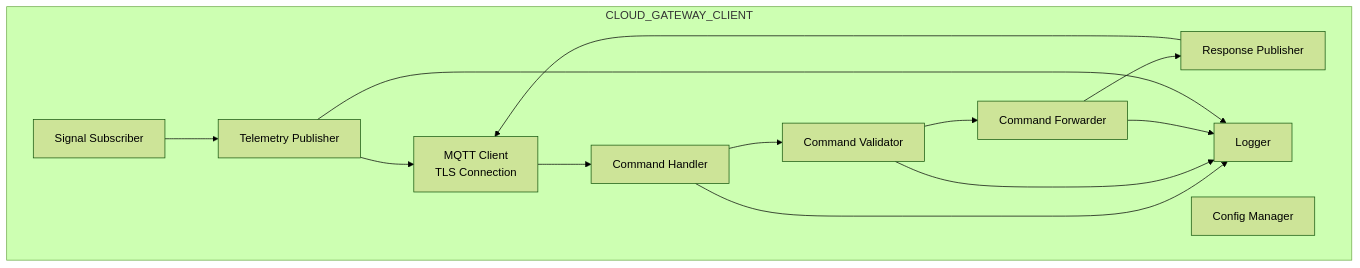
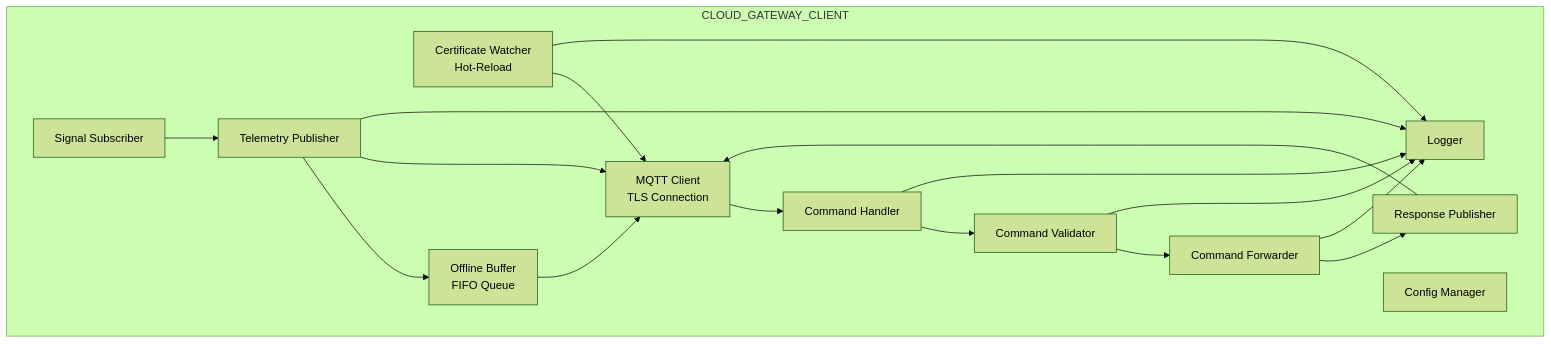
The second of 6 diagrams in .kiro/specs/cloud-gateway-client/design.md (rhadp/parking-fee-service), drawn with Mermaid (forest theme) before and after one commit. The commit also changed other lines of this file and 2 other files, not shown here.

Commit message:
Added TLS Certificate Hot-Reload support, Offline Telemetry Buffering

````diff
--- a/.kiro/specs/cloud-gateway-client/design.md
+++ b/.kiro/specs/cloud-gateway-client/design.md
@@ -36,26 +36,32 @@
 ```mermaid
 flowchart TB
     subgraph CloudGatewayClient["CLOUD_GATEWAY_CLIENT"]
         MQTT[MQTT Client<br/>TLS Connection]
+        CERT[Certificate Watcher<br/>Hot-Reload]
         CMD[Command Handler]
         VAL[Command Validator]
         FWD[Command Forwarder]
         RESP[Response Publisher]
         TEL[Telemetry Publisher]
+        BUF[Offline Buffer<br/>FIFO Queue]
         SUB[Signal Subscriber]
         CFG[Config Manager]
         LOG[Logger]
     end
     
+    CERT --> MQTT
     MQTT --> CMD
     CMD --> VAL
     VAL --> FWD
     FWD --> RESP
     SUB --> TEL
+    TEL --> BUF
+    BUF --> MQTT
     TEL --> MQTT
     RESP --> MQTT
     CMD --> LOG
     VAL --> LOG
     FWD --> LOG
     TEL --> LOG
+    CERT --> LOG
 ```
````
